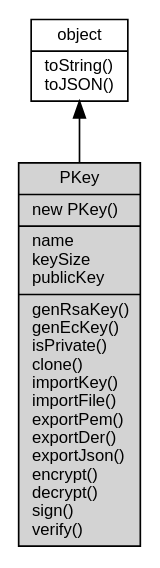
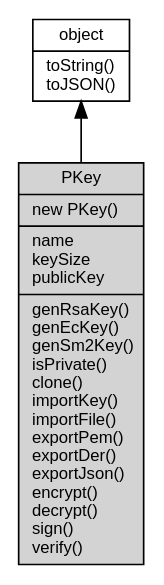
Before and after one commit to fibjs/fibjs.org: the diagram in docs/manual/object/ifs/PKey.md, drawn with Graphviz. The commit also changed other lines of this file and 216 other files, not shown here.

````diff
--- a/docs/manual/object/ifs/PKey.md
+++ b/docs/manual/object/ifs/PKey.md
@@ -11,10 +11,10 @@
 ```dot
 digraph {
     node [fontname="Helvetica,sans-Serif", fontsize=10, shape="record", style="filled", fillcolor="white"];
 
     object [tooltip="object", URL="object.md", label="{object|toString()\ltoJSON()\l}"];
-    PKey [tooltip="PKey", fillcolor="lightgray", id="me", label="{PKey|new PKey()\l|name\lkeySize\lpublicKey\l|genRsaKey()\lgenEcKey()\lisPrivate()\lclone()\limportKey()\limportFile()\lexportPem()\lexportDer()\lexportJson()\lencrypt()\ldecrypt()\lsign()\lverify()\l}"];
+    PKey [tooltip="PKey", fillcolor="lightgray", id="me", label="{PKey|new PKey()\l|name\lkeySize\lpublicKey\l|genRsaKey()\lgenEcKey()\lgenSm2Key()\lisPrivate()\lclone()\limportKey()\limportFile()\lexportPem()\lexportDer()\lexportJson()\lencrypt()\ldecrypt()\lsign()\lverify()\l}"];
 
     object -> PKey [dir=back];
 }
 ```
````
